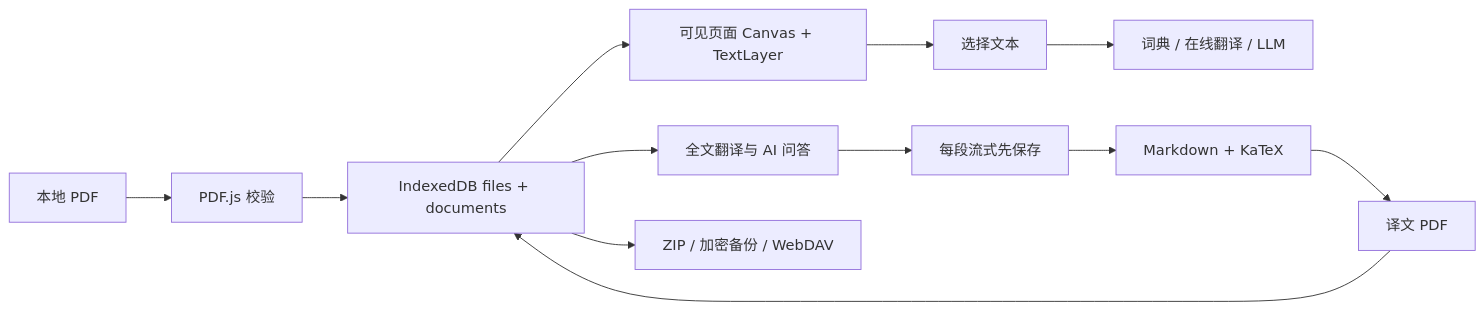
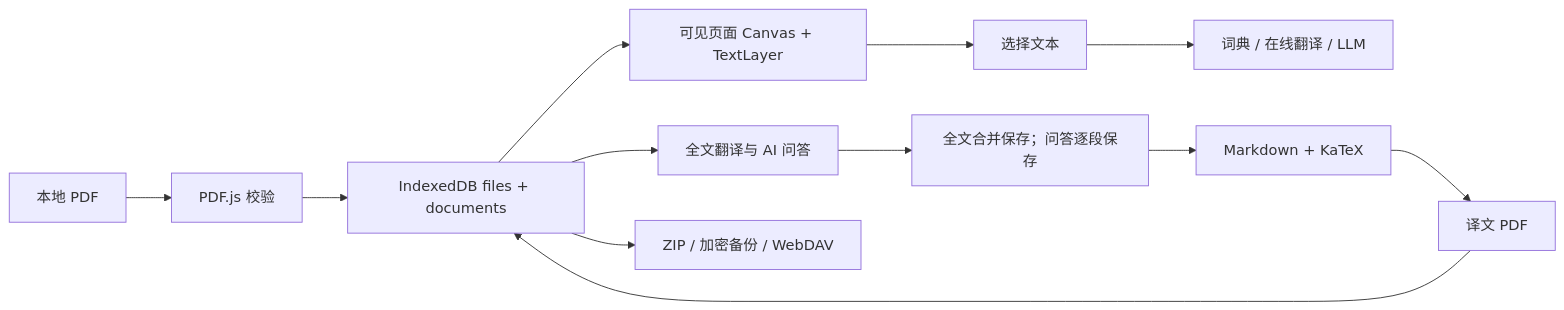
One commit to QingchenWait/paper_bridge_translater changed the diagram in STRUCTURE.md. Above: the diagram before and after it, drawn with Mermaid. The commit also changed other lines of this file and 24 other files, not shown here.

````diff
--- a/STRUCTURE.md
+++ b/STRUCTURE.md
@@ -605,14 +630,14 @@
 ```mermaid
 flowchart LR
   A[本地 PDF] --> B[PDF.js 校验]
   B --> C[IndexedDB files + documents]
   C --> D[可见页面 Canvas + TextLayer]
   D --> E[选择文本]
   E --> F[词典 / 在线翻译 / LLM]
   C --> G[全文翻译与 AI 问答]
-  G --> H[每段流式先保存]
+  G --> H[全文合并保存；问答逐段保存]
   H --> I[Markdown + KaTeX]
   I --> J[译文 PDF]
   J --> C
   C --> K[ZIP / 加密备份 / WebDAV]
 ```
````
